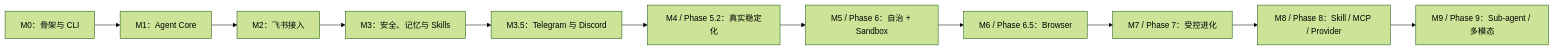
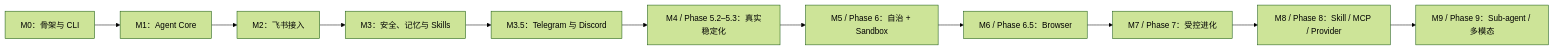
Before and after one commit to NEDONION/lobster0: the tenth of 10 diagrams in docs/product/20260807_产品需求文档.md, drawn with Mermaid (forest theme). The commit also changed other lines of this file and 31 other files, not shown here.

````diff
--- a/docs/product/20260807_产品需求文档.md
+++ b/docs/product/20260807_产品需求文档.md
@@ -663,13 +664,13 @@
 ```mermaid
 flowchart LR
     M0["M0：骨架与 CLI"] --> M1["M1：Agent Core"]
     M1 --> M2["M2：飞书接入"]
     M2 --> M3["M3：安全、记忆与 Skills"]
     M3 --> MC["M3.5：Telegram 与 Discord"]
-    MC --> M4["M4 / Phase 5.2：真实稳定化"]
+    MC --> M4["M4 / Phase 5.2–5.3：真实稳定化"]
     M4 --> M5["M5 / Phase 6：自治 + Sandbox"]
     M5 --> M6["M6 / Phase 6.5：Browser"]
     M6 --> M7["M7 / Phase 7：受控进化"]
     M7 --> M8["M8 / Phase 8：Skill / MCP / Provider"]
     M8 --> M9["M9 / Phase 9：Sub-agent / 多模态"]
 ```
````
